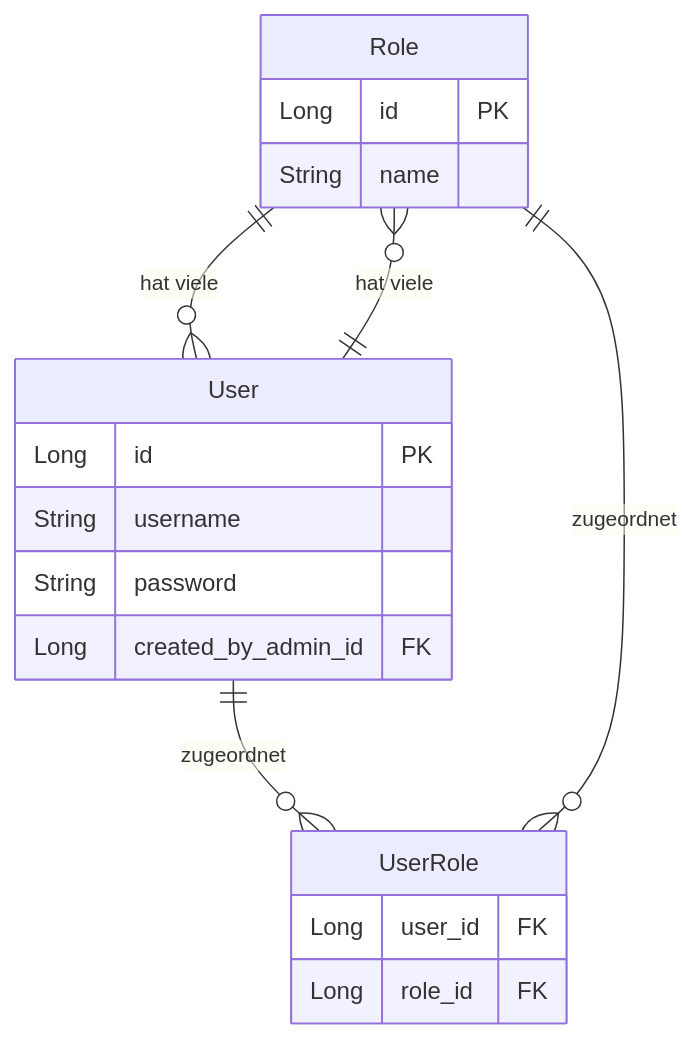
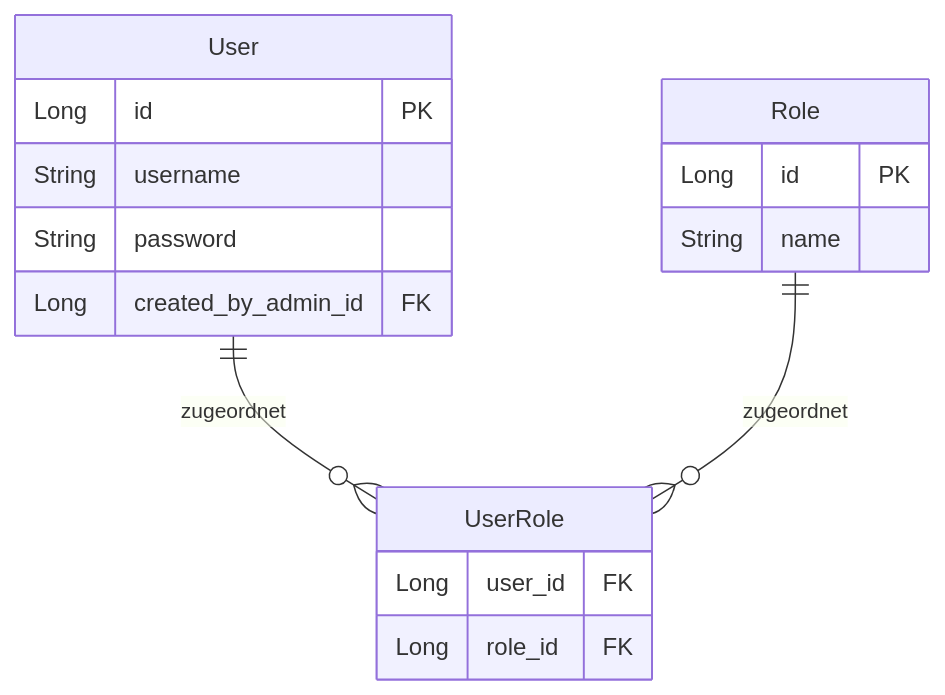
Before and after one commit to dav354/immobilienverwaltung: the diagram in docs/diagrams/userDb.md, drawn with Mermaid. The commit also changed 3 other files, not shown here.

Commit message:
Update Database Diagrams & description

````diff
--- a/docs/diagrams/userDb.md
+++ b/docs/diagrams/userDb.md
@@ -1,21 +1,19 @@
 ```mermaid
 erDiagram
     Role {
         Long id PK
         String name
     }
     User {
         Long id PK
         String username
         String password
         Long created_by_admin_id FK
     }
     UserRole {
         Long user_id FK
         Long role_id FK
     }
-    User ||--o{ Role : "hat viele"
-    Role ||--o{ User : "hat viele"
     User ||--o{ UserRole : "zugeordnet"
     Role ||--o{ UserRole : "zugeordnet"
 ```
````
